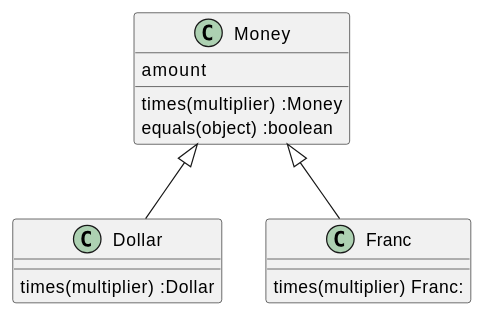
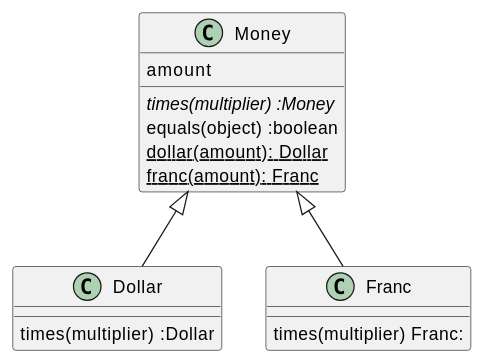
Before and after one commit to hiroshima-arc/pragmatic_programing: the diagram in docs/src/spec/the_money_example.adoc, drawn with PlantUML. The commit also changed other lines of this file and 3 other files, not shown here.

```diff
--- a/docs/src/spec/the_money_example.adoc
+++ b/docs/src/spec/the_money_example.adoc
@@ -61,18 +63,20 @@
 [plantuml]
 ----
 class Money {
   amount
-  times(multiplier) :Money
+  {abstract} times(multiplier) :Money
   equals(object) :boolean
+  {static} dollar(amount): Dollar
+  {static} franc(amount): Franc
 }
 class Dollar {
   times(multiplier) :Dollar
 }
 
 class Franc {
   times(multiplier) Franc:
 }
 
 Money <|-- Dollar
 Money <|-- Franc
 ----
```
